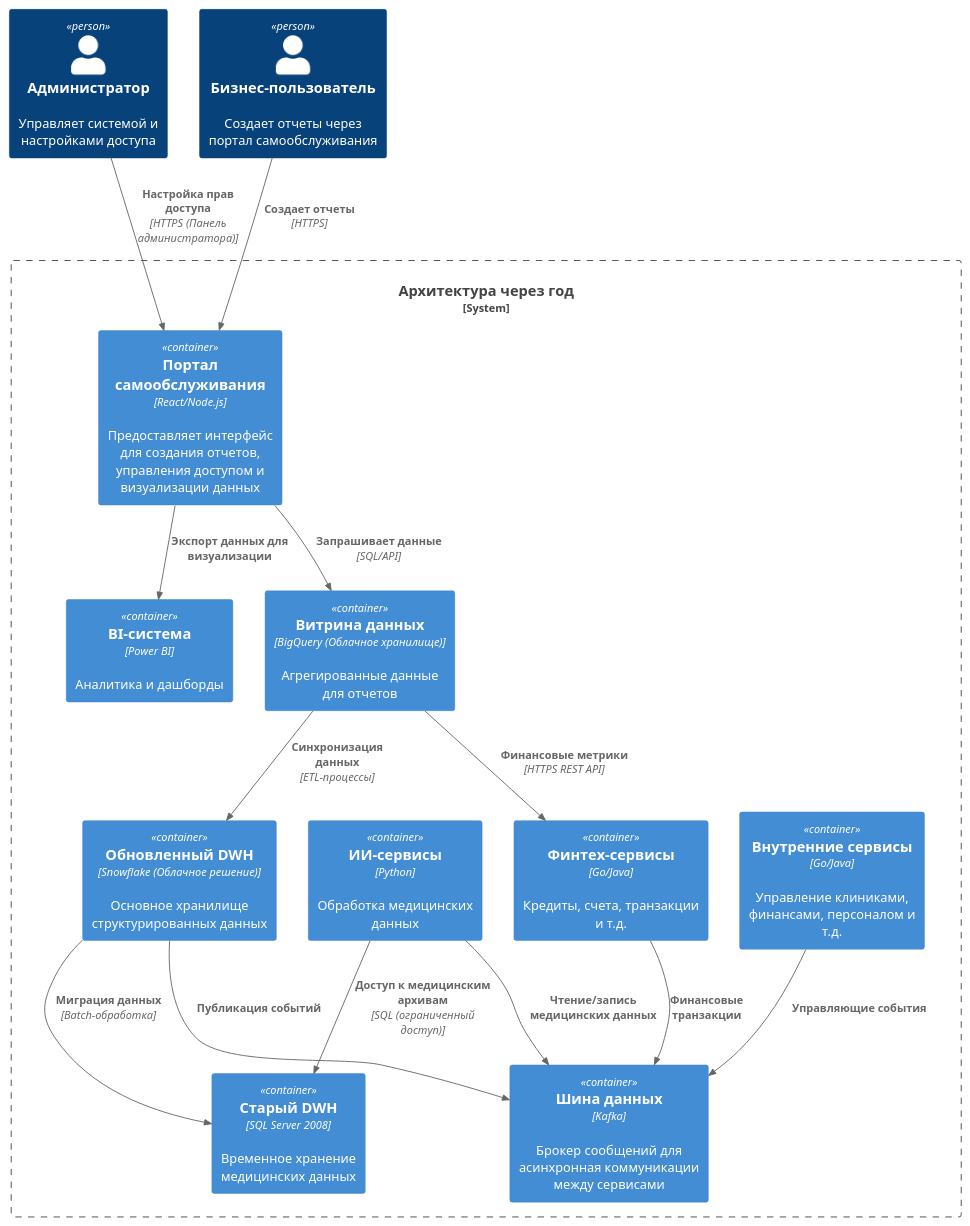
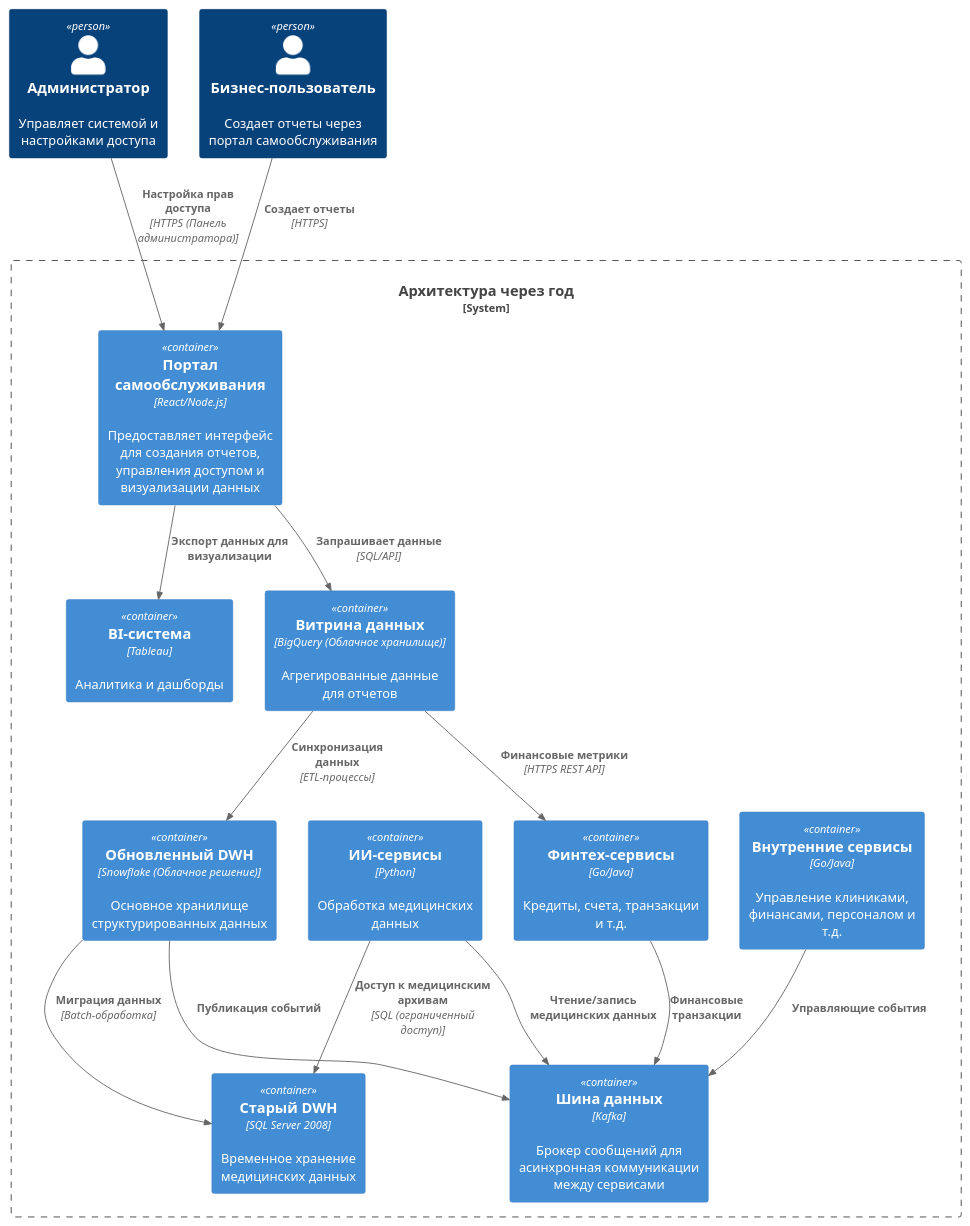
The diagram in Exc1/ToBe.puml (snakeduse/architecture-sprint-11), drawn with PlantUML before and after one commit. The commit also changed 1 other file, not shown here.

Commit message:
feat(Exc1): Уточнил диаграмму

```diff
--- a/Exc1/ToBe.puml
+++ b/Exc1/ToBe.puml
@@ -1,32 +1,32 @@
 @startuml
 !include https://raw.githubusercontent.com/plantuml-stdlib/C4-PlantUML/master/C4_Container.puml
 
 Person(admin, "Администратор", "Управляет системой и настройками доступа")
 Person(user, "Бизнес-пользователь", "Создает отчеты через портал самообслуживания")
 
 System_Boundary(c1, "Архитектура через год") {
     Container(portal, "Портал самообслуживания", "React/Node.js", "Предоставляет интерфейс для создания отчетов, управления доступом и визуализации данных")
-    Container(bi, "BI-система", "Power BI", "Аналитика и дашборды")
+    Container(bi, "BI-система", "Tableau", "Аналитика и дашборды")
     Container(data_mart, "Витрина данных", "BigQuery (Облачное хранилище)", "Агрегированные данные для отчетов")
     Container(modern_dwh, "Обновленный DWH", "Snowflake (Облачное решение)", "Основное хранилище структурированных данных")
     Container(legacy_dwh, "Старый DWH", "SQL Server 2008", "Временное хранение медицинских данных")
     Container(ai_services, "ИИ-сервисы", "Python", "Обработка медицинских данных")
     Container(fintech_services, "Финтех-сервисы", "Go/Java", "Кредиты, счета, транзакции и т.д.")
     Container(kafka, "Шина данных", "Kafka", "Брокер сообщений для асинхронная коммуникации между сервисами")
     Container(internal_services, "Внутренние сервисы", "Go/Java", "Управление клиниками, финансами, персоналом и т.д.")
 }
 
 Rel(user, portal, "Создает отчеты", "HTTPS")
 Rel(portal, data_mart, "Запрашивает данные", "SQL/API")
 Rel(portal, bi, "Экспорт данных для визуализации")
 Rel(data_mart, modern_dwh, "Синхронизация данных", "ETL-процессы")
 Rel(data_mart, fintech_services, "Финансовые метрики", "HTTPS REST API")
 Rel(modern_dwh, legacy_dwh, "Миграция данных", "Batch-обработка")
 Rel(modern_dwh, kafka, "Публикация событий")
 Rel(ai_services, kafka, "Чтение/запись медицинских данных")
 Rel(fintech_services, kafka, "Финансовые транзакции")
 Rel(internal_services, kafka, "Управляющие события")
 Rel(ai_services, legacy_dwh, "Доступ к медицинским архивам", "SQL (ограниченный доступ)")
 Rel(admin, portal, "Настройка прав доступа", "HTTPS (Панель администратора)")
 
 @enduml
```
